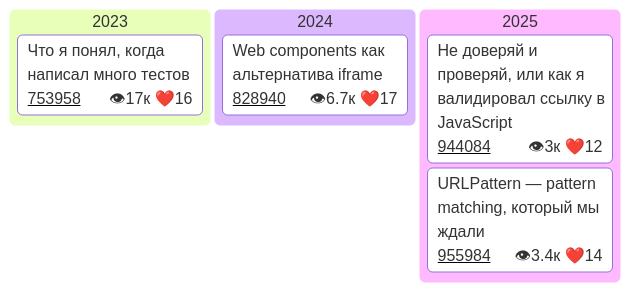
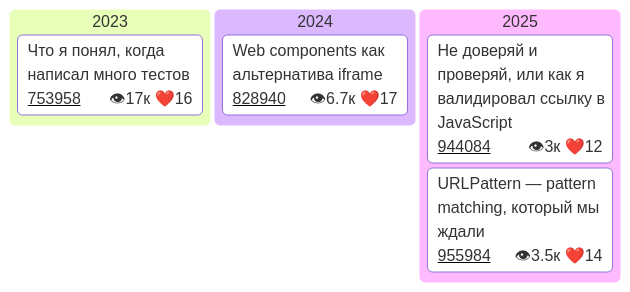
One commit to Goodzonchik/Goodzonchik changed the fourth of 4 diagrams in README.md. Above: the diagram before and after it, drawn with Mermaid.

````diff
--- a/README.md
+++ b/README.md
@@ -51,28 +51,28 @@
 ```mermaid
 ---
 config:
   kanban:
     ticketBaseUrl: 'https://habr.com/ru/companies/tbank/articles/#TICKET#'
 
 ---
 kanban
   2023
     card1["Что я понял, когда написал много тестов"]@{
       ticket: 753958
       assigned: 👁17к ❤️16
     }
   2024
     card2["Web components как альтернатива iframe"]@{
       ticket: 828940
       assigned: 👁6.7к ❤️17
     }
   2025
     card3["Не доверяй и проверяй, или как я валидировал ссылку в JavaScript"]@{
       ticket: 944084
       assigned: 👁3к ❤️12
     }
    card4["URLPattern — pattern matching, который мы ждали"]@{
       ticket: 955984
-      assigned: 👁3.4к ❤️14
+      assigned: 👁3.5к ❤️14
     }
 ```
````
